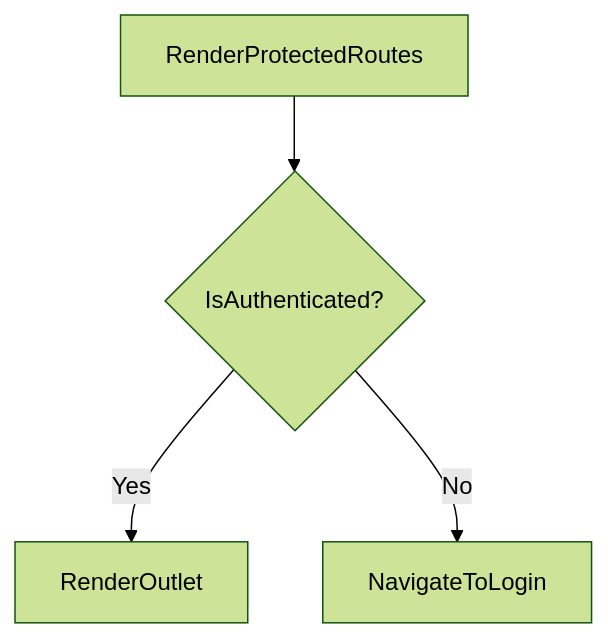
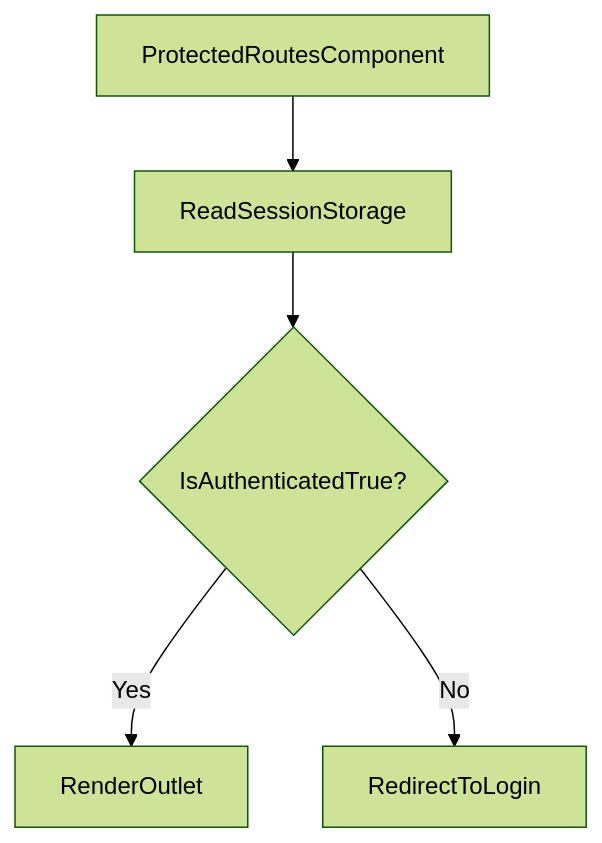
The diagram in docs/grms-frontend/src/ProtectedRoutes/ProtectedRoutes.tsx.md (test-company-prowiz/Easy-Repo), drawn with Mermaid (forest theme) before and after one commit. The commit also changed other lines of this file and 1 other file, not shown here.

````diff
--- a/docs/grms-frontend/src/ProtectedRoutes/ProtectedRoutes.tsx.md
+++ b/docs/grms-frontend/src/ProtectedRoutes/ProtectedRoutes.tsx.md
@@ -35,6 +37,7 @@
 ```mermaid
 graph TD
-A[RenderProtectedRoutes] --> B{IsAuthenticated?};
-B -- Yes --> C[RenderOutlet];
-B -- No --> D[NavigateToLogin];
+A[ProtectedRoutesComponent] --> B[ReadSessionStorage]
+B --> C{IsAuthenticatedTrue?}
+C -- Yes --> D[RenderOutlet]
+C -- No --> E[RedirectToLogin]
 ```
````
